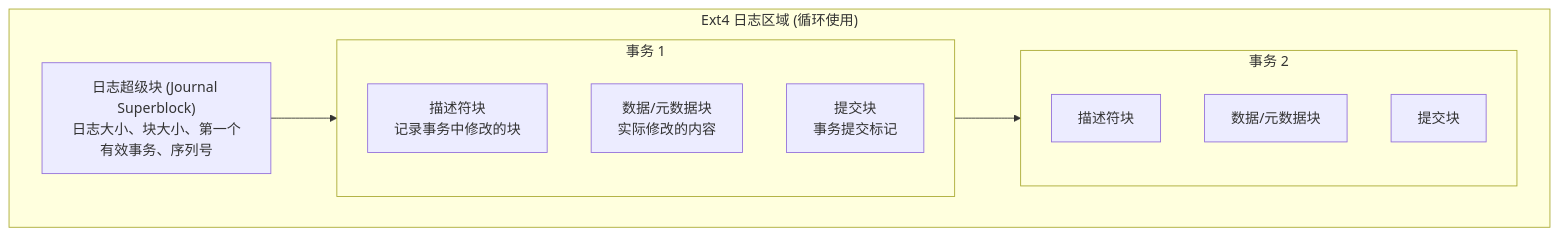
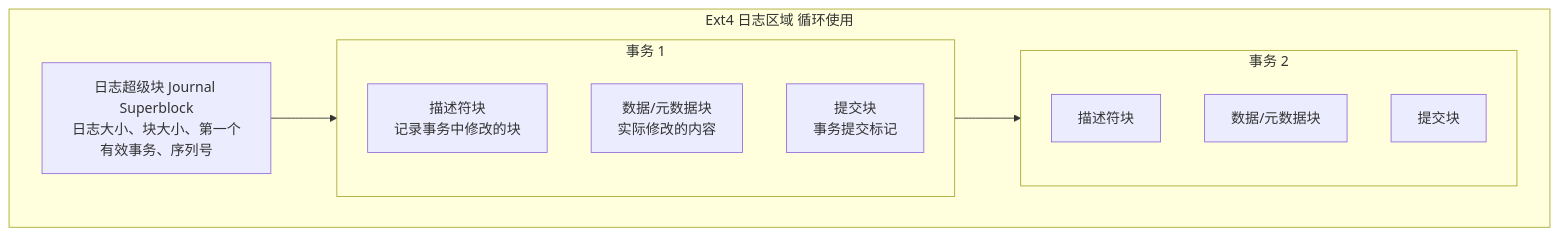
Diagram 16 of 16 in content/articles/linux/linux-28-内核笔试题-文件系统与VFS.md (jpixy/jpixy.github.io), drawn with Mermaid before and after one commit. The commit also changed other lines of this file and 66 other files, not shown here.

Commit message:
fix: resolve Mermaid syntax errors by removing parentheses in node labels

````diff
--- a/content/articles/linux/linux-28-内核笔试题-文件系统与VFS.md
+++ b/content/articles/linux/linux-28-内核笔试题-文件系统与VFS.md
@@ -1126,21 +1126,21 @@
 ```mermaid
 graph TB
-    subgraph 日志区域["Ext4 日志区域 (循环使用)"]
-        SB["日志超级块 (Journal Superblock)<br/>日志大小、块大小、第一个有效事务、序列号"]
+    subgraph 日志区域["Ext4 日志区域 循环使用"]
+        SB["日志超级块 Journal Superblock<br/>日志大小、块大小、第一个有效事务、序列号"]
         
         subgraph TX1["事务 1"]
             DESC1["描述符块<br/>记录事务中修改的块"]
             DATA1["数据/元数据块<br/>实际修改的内容"]
             COMMIT1["提交块<br/>事务提交标记"]
         end
         
         subgraph TX2["事务 2"]
             DESC2["描述符块"]
             DATA2["数据/元数据块"]
             COMMIT2["提交块"]
         end
     end
     
     SB --> TX1
     TX1 --> TX2
 ```
````
